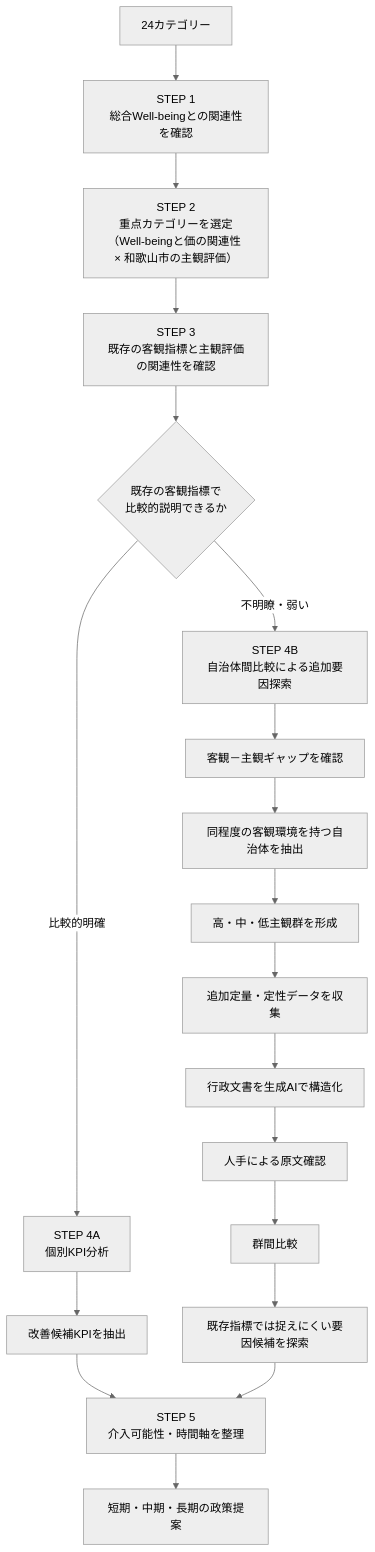
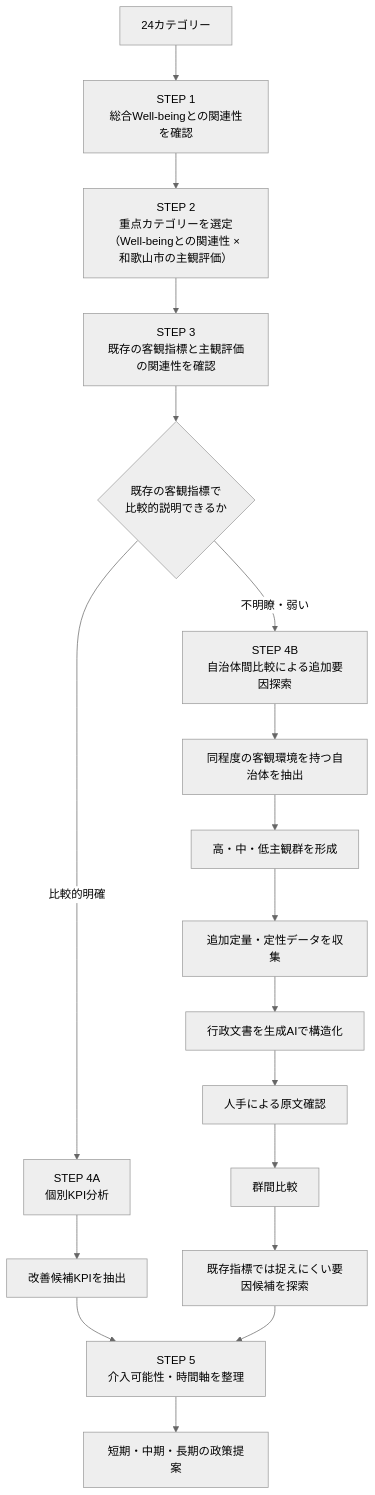
Before and after one commit to Keita062/wakayama_competition: the diagram in Nishimura/docs/分析定義書.md, drawn with Mermaid (neutral theme). The commit also changed other lines of this file, not shown here.

````diff
--- a/Nishimura/docs/分析定義書.md
+++ b/Nishimura/docs/分析定義書.md
@@ -85,26 +113,26 @@
 ```mermaid
 flowchart TD
+
     A["24カテゴリー"] --> B["STEP 1<br>総合Well-beingとの関連性を確認"]
-    B --> C["STEP 2<br>重点カテゴリーを選定<br>（Well-beingと価の関連性 × 和歌山市の主観評価）"]
+    B --> C["STEP 2<br>重点カテゴリーを選定<br>（Well-beingとの関連性 × 和歌山市の主観評価）"]
     C --> D["STEP 3<br>既存の客観指標と主観評価の関連性を確認"]
 
     D --> E{"既存の客観指標で<br>比較的説明できるか"}
 
     E -->|比較的明確| F["STEP 4A<br>個別KPI分析"]
     F --> G["改善候補KPIを抽出"]
 
     E -->|不明瞭・弱い| H["STEP 4B<br>自治体間比較による追加要因探索"]
-    H --> I["客観－主観ギャップを確認"]
-    I --> J["同程度の客観環境を持つ自治体を抽出"]
-    J --> K["高・中・低主観群を形成"]
-    K --> L["追加定量・定性データを収集"]
-    L --> M["行政文書を生成AIで構造化"]
-    M --> N["人手による原文確認"]
-    N --> O["群間比較"]
-    O --> P["既存指標では捉えにくい要因候補を探索"]
+    H --> I["同程度の客観環境を持つ自治体を抽出"]
+    I --> J["高・中・低主観群を形成"]
+    J --> K["追加定量・定性データを収集"]
+    K --> L["行政文書を生成AIで構造化"]
+    L --> M["人手による原文確認"]
+    M --> N["群間比較"]
+    N --> O["既存指標では捉えにくい要因候補を探索"]
 
-    G --> Q["STEP 5<br>介入可能性・時間軸を整理"]
-    P --> Q
+    G --> P["STEP 5<br>介入可能性・時間軸を整理"]
+    O --> P
 
-    Q --> R["短期・中期・長期の政策提案"]
+    P --> Q["短期・中期・長期の政策提案"]
 ```
````
